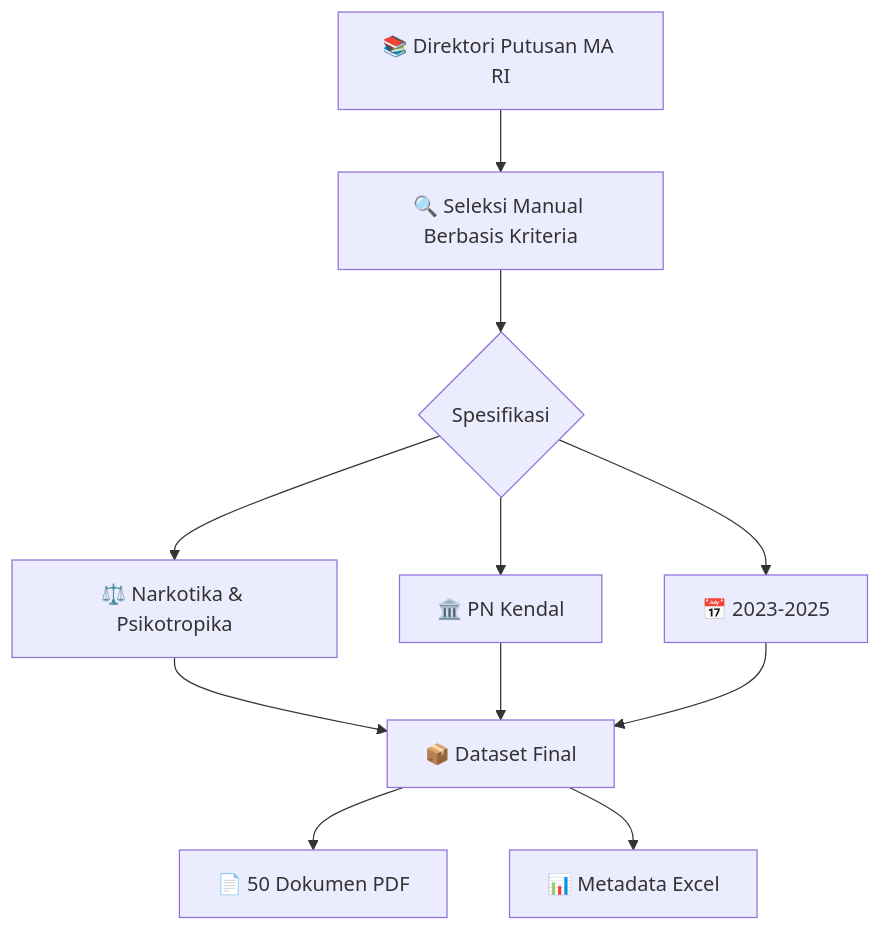
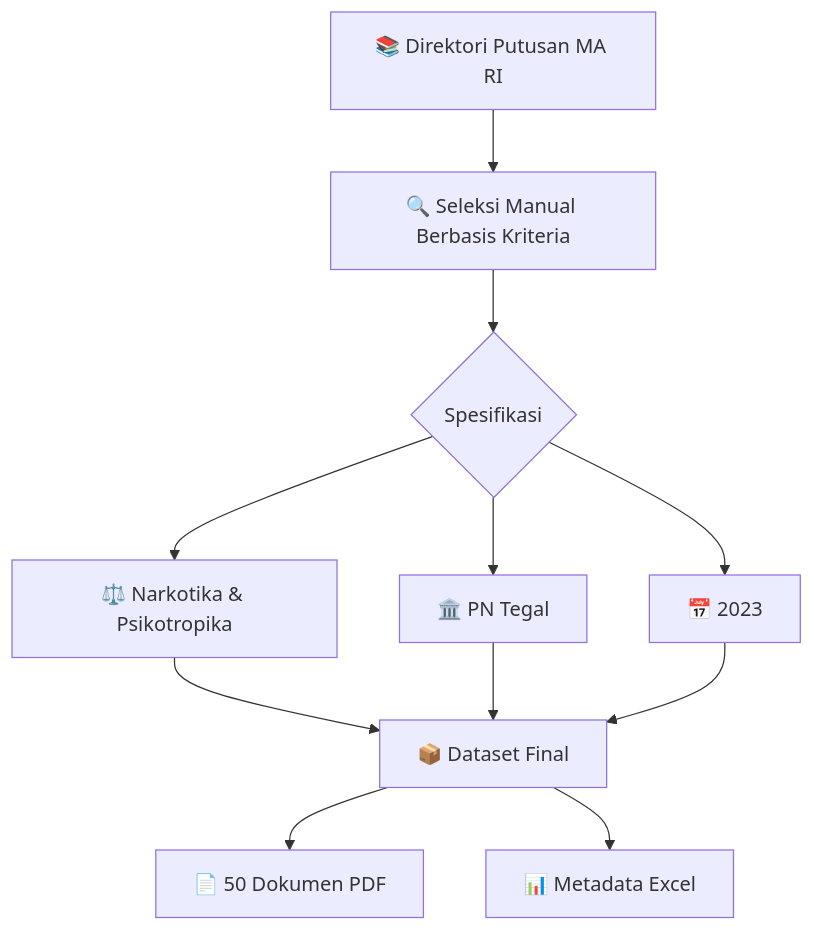
The diagram in README.md (RazerArdi/Dataset-Narkotika_2022-025_2022-482), drawn with Mermaid before and after one commit. The commit also changed other lines of this file, not shown here.

````diff
--- a/README.md
+++ b/README.md
@@ -74,11 +66,11 @@
 ```mermaid
 graph TD
     A[📚 Direktori Putusan MA RI] --> B[🔍 Seleksi Manual Berbasis Kriteria];
     B --> C{Spesifikasi};
     C --> D[⚖️ Narkotika & Psikotropika];
-    C --> E[🏛️ PN Kendal];
-    C --> F[📅 2023-2025];
+    C --> E[🏛️ PN Tegal];
+    C --> F[📅 2023];
     D & E & F --> G[📦 Dataset Final];
     G --> H[📄 50 Dokumen PDF];
     G --> I[📊 Metadata Excel];
 ```
````
